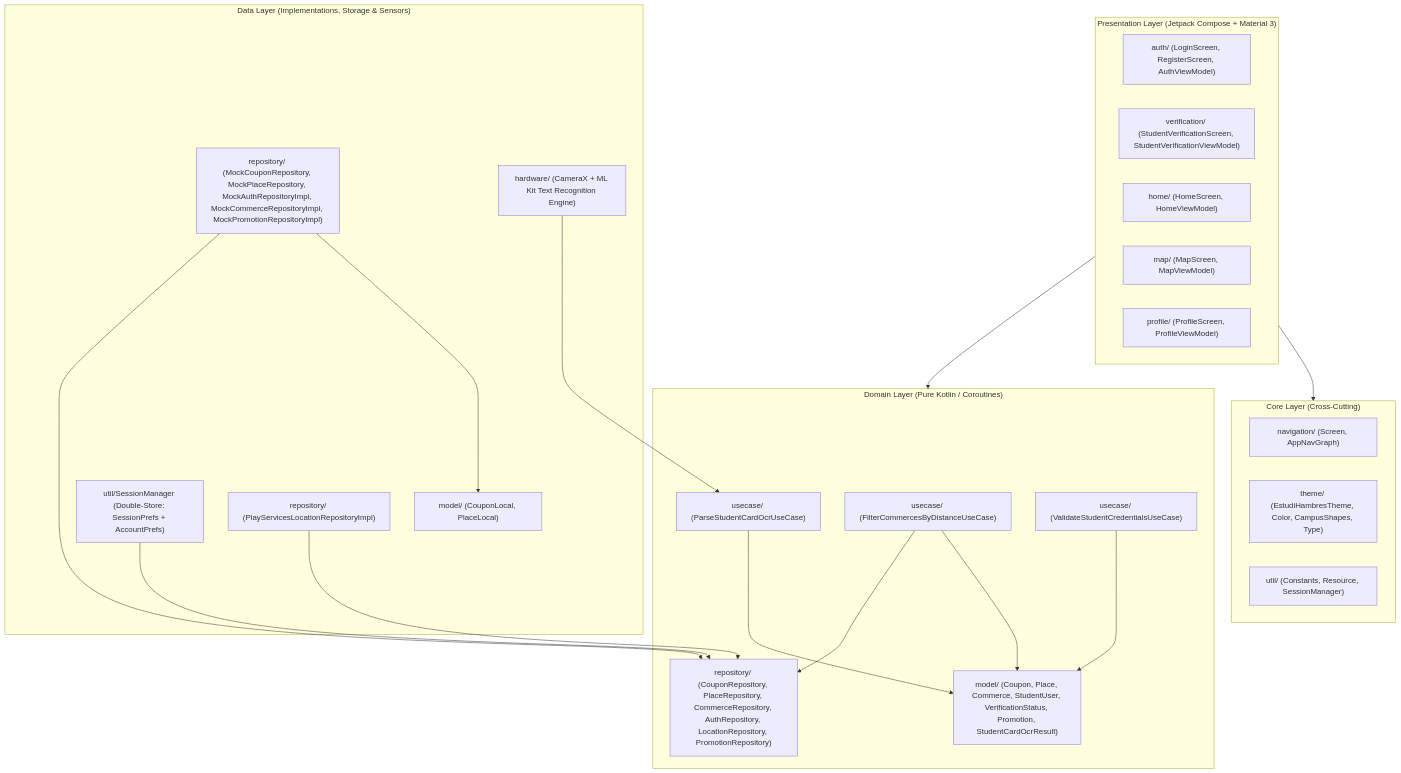
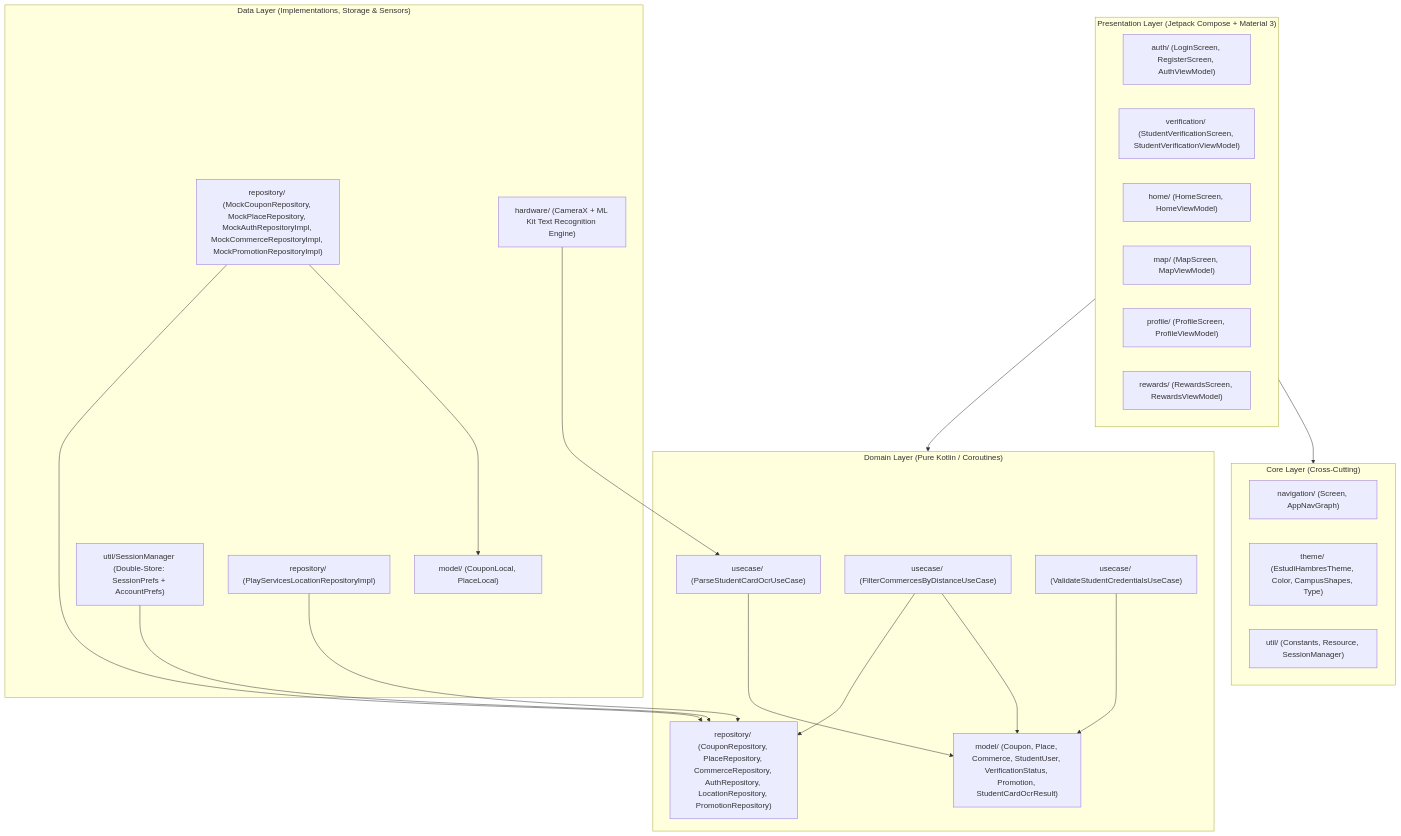
Before and after one commit to MFCC2/EstudiHambres: the diagram in docs/ARCHITECTURE.md, drawn with Mermaid. The commit also changed other lines of this file and 36 other files, not shown here.

````diff
--- a/docs/ARCHITECTURE.md
+++ b/docs/ARCHITECTURE.md
@@ -9,44 +9,45 @@
 ```mermaid
 flowchart TD
     subgraph PresentationLayer["Presentation Layer (Jetpack Compose + Material 3)"]
         AUTH["auth/ (LoginScreen, RegisterScreen, AuthViewModel)"]
         VERIF["verification/ (StudentVerificationScreen, StudentVerificationViewModel)"]
         HOME["home/ (HomeScreen, HomeViewModel)"]
         MAP["map/ (MapScreen, MapViewModel)"]
         PROFILE["profile/ (ProfileScreen, ProfileViewModel)"]
+        REWARDS["rewards/ (RewardsScreen, RewardsViewModel)"]
     end
 
     subgraph CoreLayer["Core Layer (Cross-Cutting)"]
         NAV["navigation/ (Screen, AppNavGraph)"]
         THEME["theme/ (EstudiHambresTheme, Color, CampusShapes, Type)"]
         UTIL["util/ (Constants, Resource, SessionManager)"]
     end
 
     subgraph DomainLayer["Domain Layer (Pure Kotlin / Coroutines)"]
         UC_DIST["usecase/ (FilterCommercesByDistanceUseCase)"]
         UC_OCR["usecase/ (ParseStudentCardOcrUseCase)"]
         UC_VAL["usecase/ (ValidateStudentCredentialsUseCase)"]
         MODELS["model/ (Coupon, Place, Commerce, StudentUser, VerificationStatus, Promotion, StudentCardOcrResult)"]
         REPO_INTERFACES["repository/ (CouponRepository, PlaceRepository, CommerceRepository, AuthRepository, LocationRepository, PromotionRepository)"]
     end
 
     subgraph DataLayer["Data Layer (Implementations, Storage & Sensors)"]
         LOCAL_MODELS["model/ (CouponLocal, PlaceLocal)"]
         SESSION["util/SessionManager (Double-Store: SessionPrefs + AccountPrefs)"]
         MOCK_REPOS["repository/ (MockCouponRepository, MockPlaceRepository, MockAuthRepositoryImpl, MockCommerceRepositoryImpl, MockPromotionRepositoryImpl)"]
         PLAY_SERVICES["repository/ (PlayServicesLocationRepositoryImpl)"]
         CAMERAX_MLKIT["hardware/ (CameraX + ML Kit Text Recognition Engine)"]
     end
 
     PresentationLayer --> CoreLayer
     PresentationLayer --> DomainLayer
     MOCK_REPOS --> LOCAL_MODELS
     MOCK_REPOS --> REPO_INTERFACES
     PLAY_SERVICES --> REPO_INTERFACES
     SESSION --> REPO_INTERFACES
     CAMERAX_MLKIT --> UC_OCR
     UC_DIST --> MODELS
     UC_DIST --> REPO_INTERFACES
     UC_OCR --> MODELS
     UC_VAL --> MODELS
 ```
````
